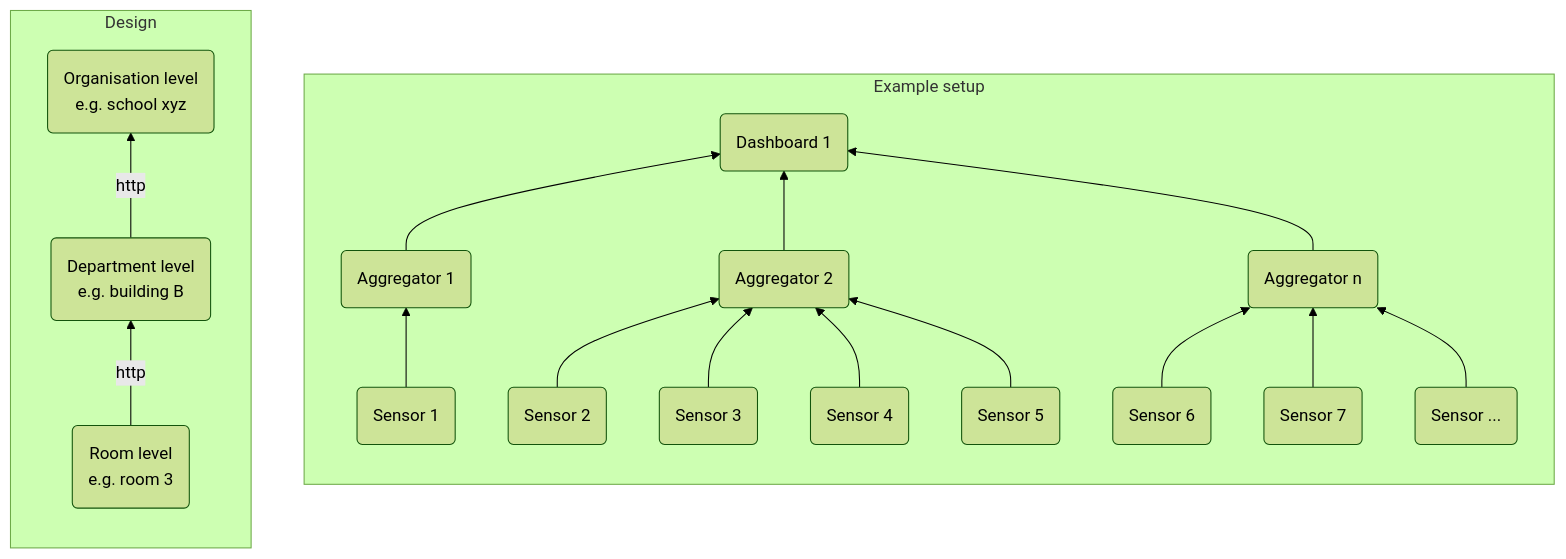
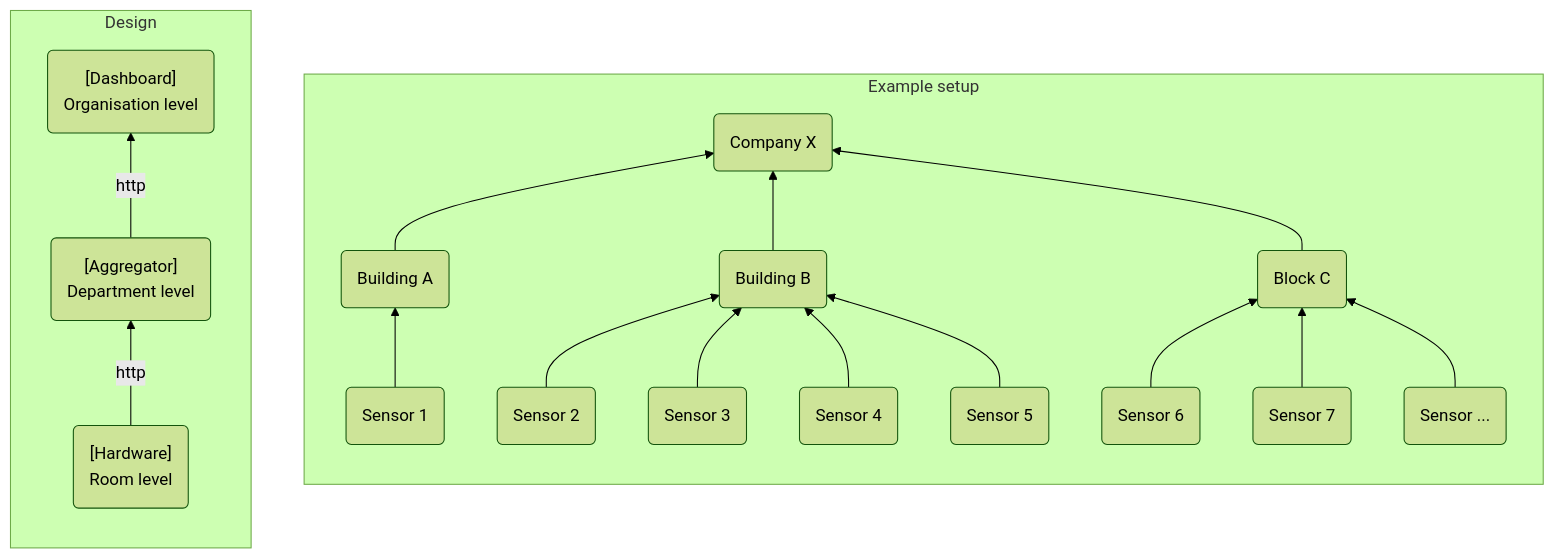
The diagram in README.md (bytebang/ecolight), drawn with Mermaid (forest theme) before and after one commit. The commit also changed other lines of this file, not shown here.

`````diff
--- a/README.md
+++ b/README.md
@@ -13,27 +18,27 @@
 ````mermaid
 graph BT;
 
     subgraph Example setup
         direction BT
-        s1("Sensor 1") --> a1("Aggregator 1");
+        s1("Sensor 1") --> a1("Building A");
 
-        s2("Sensor 2") --> a2("Aggregator 2");
+        s2("Sensor 2") --> a2("Building B");
         s3("Sensor 3") --> a2;
-	s4("Sensor 4") --> a2;
+	    s4("Sensor 4") --> a2;
         s5("Sensor 5") --> a2;
 
-        s6("Sensor 6") --> an("Aggregator n");
+        s6("Sensor 6") --> an("Block C");
         s7("Sensor 7") --> an;
         sx("Sensor ...") --> an;
 
-        a1 --> b1("Dashboard 1");
+        a1 --> b1("Company X");
         a2 --> b1;
         an --> b1;
     end
 
     subgraph Design
         direction BT
-        room("Room level\ne.g. room 3") -- http --> department
-        department("Department level\ne.g. building B") -- http --> organisation("Organisation level\ne.g. school xyz")
+        room("[Hardware]<br>Room level") -- http --> department
+        department("[Aggregator]<br>Department level") -- http --> organisation("[Dashboard]<br>Organisation level")
     end
 ````
`````
